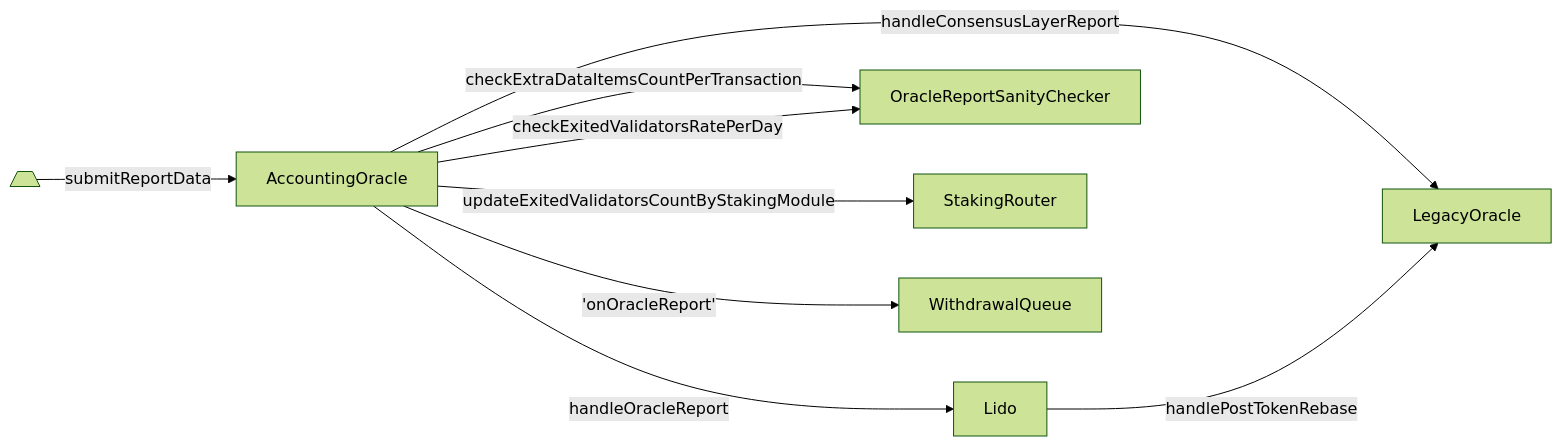
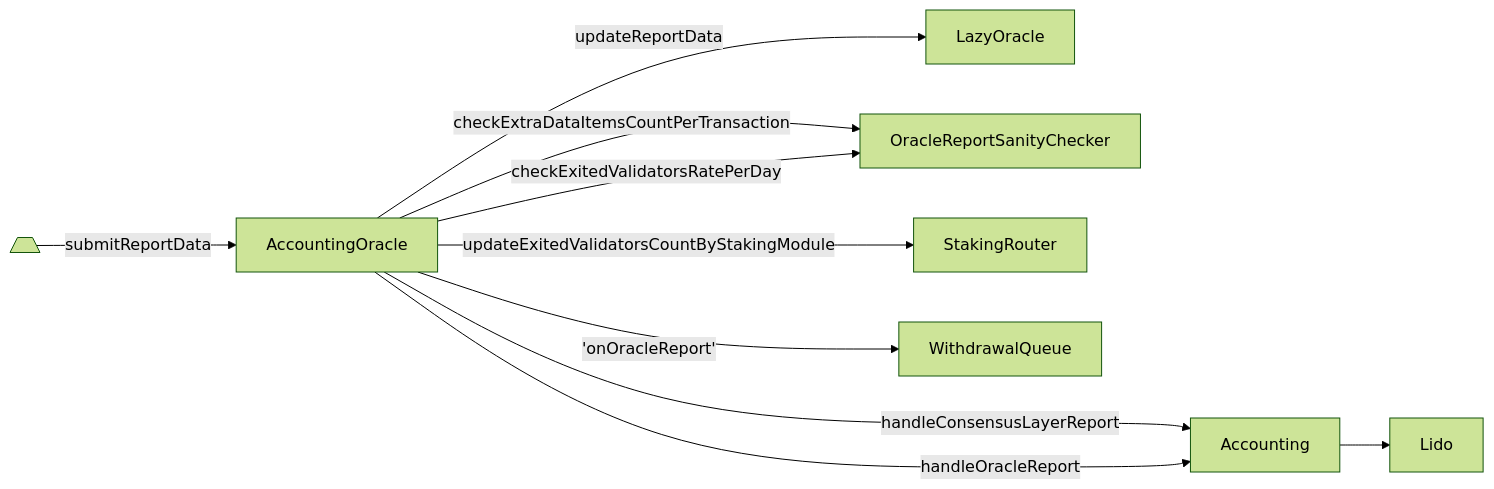
One commit to lidofinance/docs changed the diagram in docs/contracts/accounting-oracle.md. Above: the diagram before and after it, drawn with Mermaid (forest theme). The commit also changed other lines of this file and 29 other files, not shown here.

Commit message:
Update docs for Lido V3 accounting

````diff
--- a/docs/contracts/accounting-oracle.md
+++ b/docs/contracts/accounting-oracle.md
@@ -49,9 +50,10 @@
 ```mermaid
 graph LR;
-  A[/  \]--submitReportData-->AccountingOracle--handleConsensusLayerReport--->LegacyOracle;
-  AccountingOracle--handleOracleReport-->Lido--handlePostTokenRebase-->LegacyOracle
+  A[/  \]--submitReportData-->AccountingOracle--handleConsensusLayerReport--->Accounting;
+  AccountingOracle--updateReportData-->LazyOracle;
+  AccountingOracle--handleOracleReport-->Accounting-->Lido;
   AccountingOracle--checkExtraDataItemsCountPerTransaction-->OracleReportSanityChecker;
   AccountingOracle--updateExitedValidatorsCountByStakingModule-->StakingRouter;
   AccountingOracle--checkExitedValidatorsRatePerDay-->OracleReportSanityChecker;
   AccountingOracle--'onOracleReport'-->WithdrawalQueue;
 ```
````
